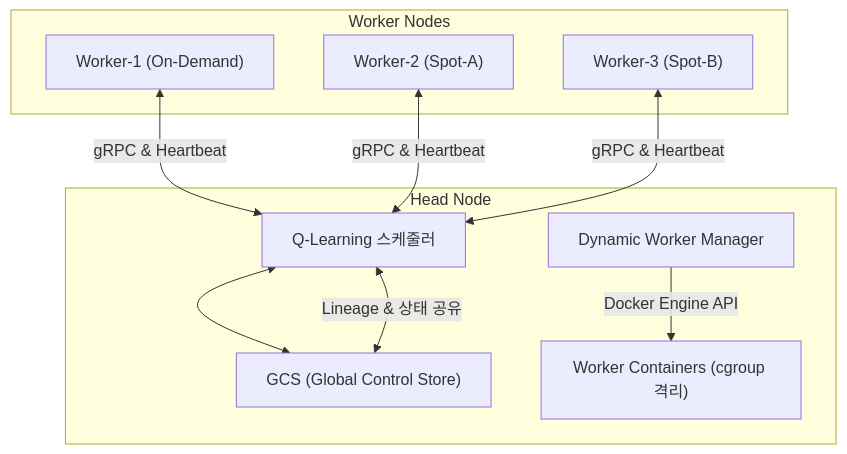
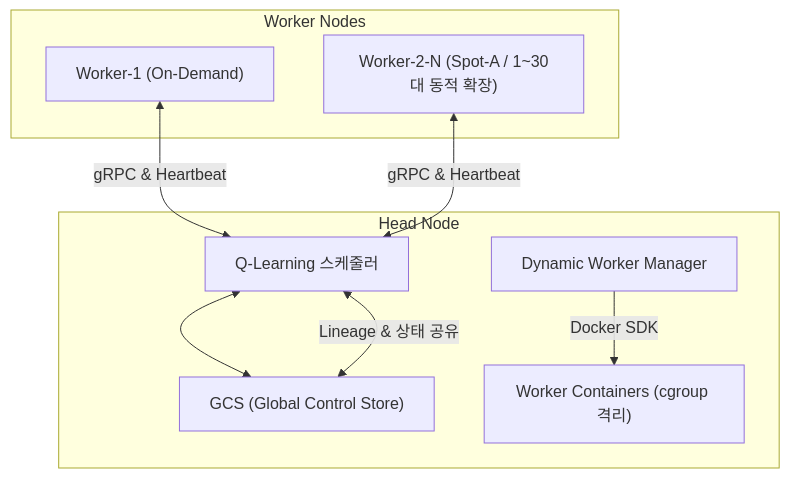
One commit to sijoon-sung/-WE-MEET changed the first of 2 diagrams in project_proposal.md. Above: the diagram before and after it, drawn with Mermaid. The commit also changed other lines of this file and 6 other files, not shown here.

````diff
--- a/project_proposal.md
+++ b/project_proposal.md
@@ -123,15 +128,14 @@
 ```mermaid
 graph TD
     subgraph Head Node
         Scheduler["Q-Learning 스케줄러"] <--> GCS["GCS (Global Control Store)"]
-        ScaleManager["Dynamic Worker Manager"] -->|Docker Engine API| Containers["Worker Containers (cgroup 격리)"]
+        ScaleManager["Dynamic Worker Manager"] -->|Docker SDK| Containers["Worker Containers (cgroup 격리)"]
     end
     
     subgraph Worker Nodes
         W1["Worker-1 (On-Demand)"] <-->|gRPC & Heartbeat| Scheduler
-        W2["Worker-2 (Spot-A)"] <-->|gRPC & Heartbeat| Scheduler
-        W3["Worker-3 (Spot-B)"] <-->|gRPC & Heartbeat| Scheduler
+        W2["Worker-2-N (Spot-A / 1~30대 동적 확장)"] <-->|gRPC & Heartbeat| Scheduler
     end
     
     GCS <-->|Lineage & 상태 공유| Scheduler
 ```
````
